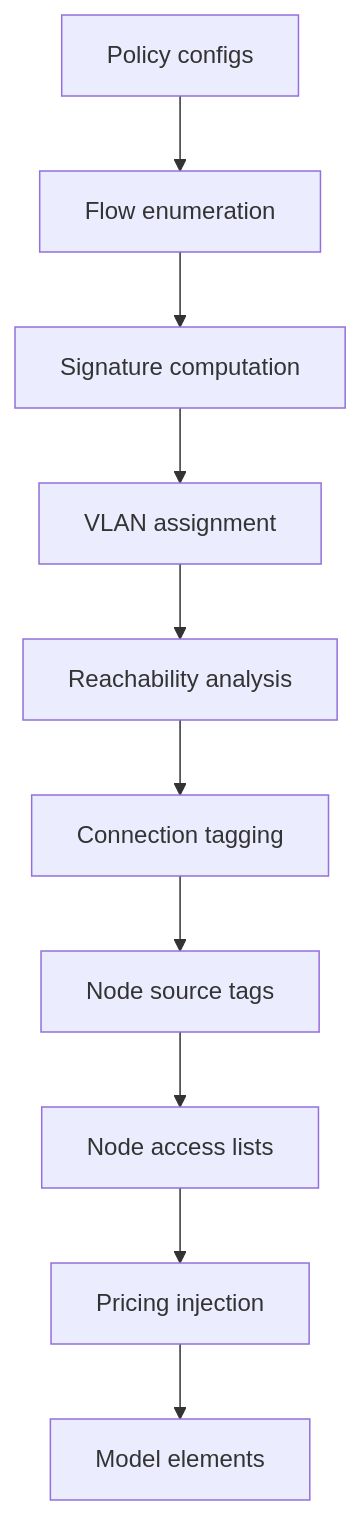
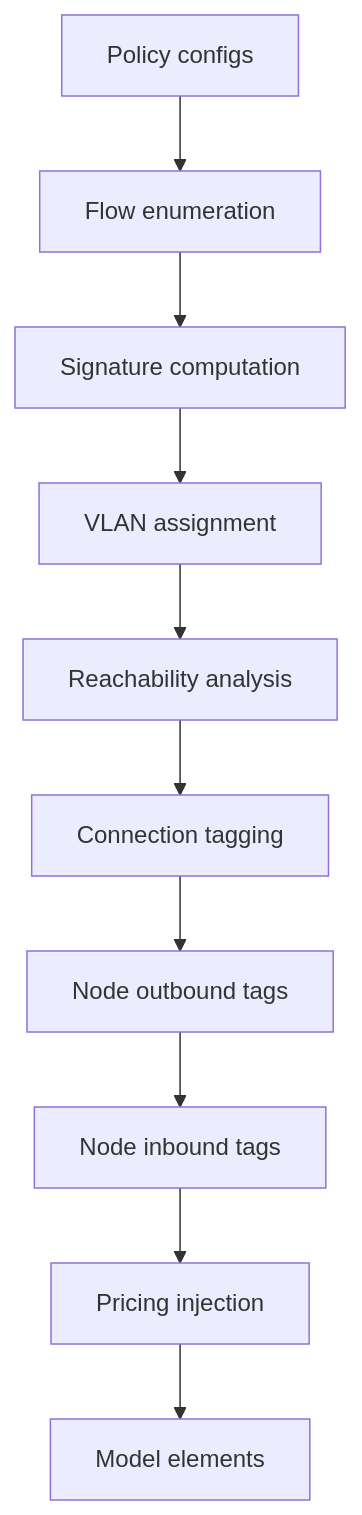
Before and after one commit to hass-energy/haeo: the diagram in docs/developer-guide/policy-compilation.md, drawn with Mermaid. The commit also changed other lines of this file and 27 other files, not shown here.

````diff
--- a/docs/developer-guide/policy-compilation.md
+++ b/docs/developer-guide/policy-compilation.md
@@ -20,12 +20,12 @@
 ```mermaid
 graph TD
     A[Policy configs] --> B[Flow enumeration]
     B --> C[Signature computation]
     C --> D[VLAN assignment]
     D --> E[Reachability analysis]
     E --> F[Connection tagging]
-    F --> G[Node source tags]
-    G --> H[Node access lists]
+    F --> G[Node outbound tags]
+    G --> H[Node inbound tags]
     H --> I[Pricing injection]
     I --> J[Model elements]
 ```
````
